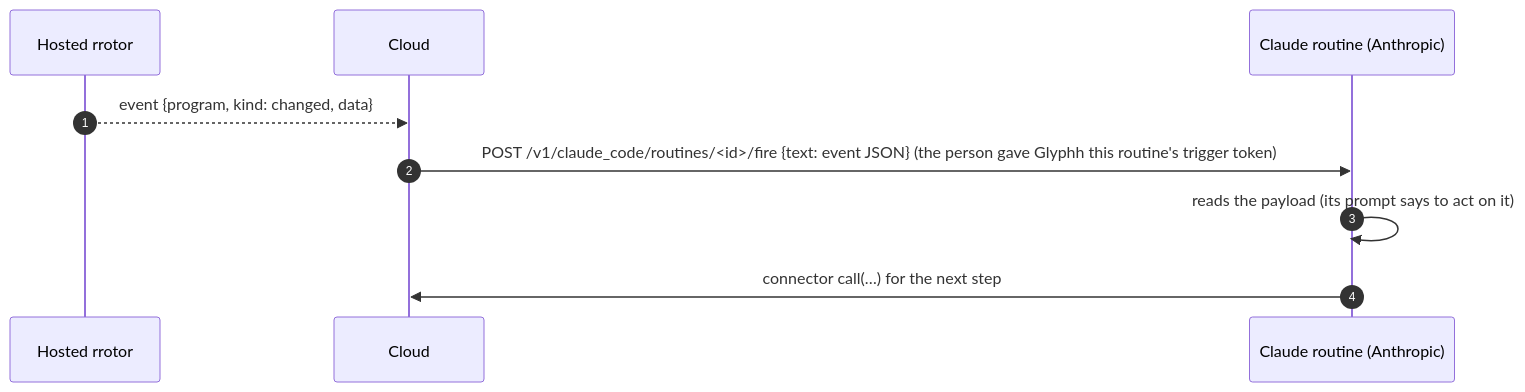
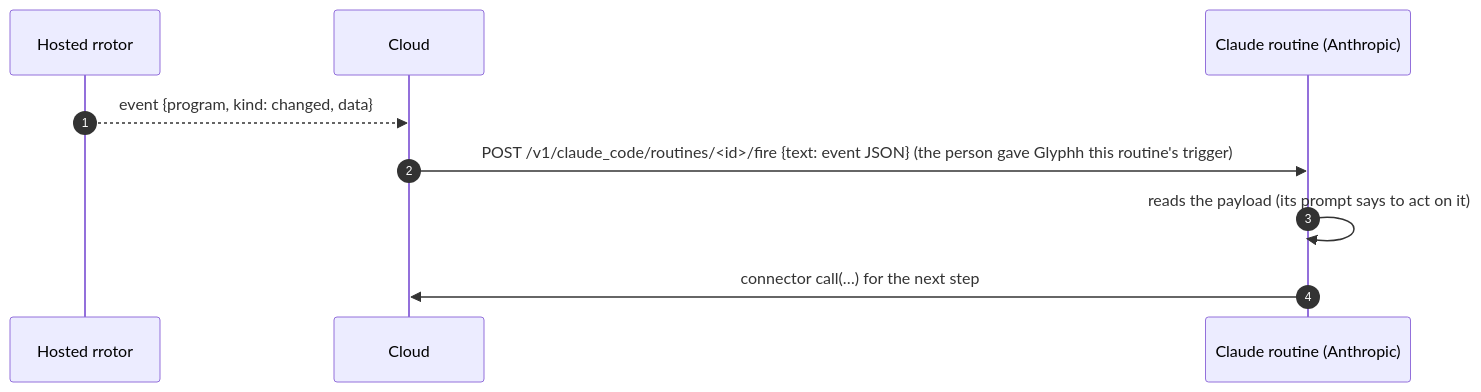
One commit to glyphh-ai/rrotor changed the tenth of 12 diagrams in docs/architecture.md. Above: the diagram before and after it, drawn with Mermaid. The commit also changed other lines of this file and 4 other files, not shown here.

Commit message:
Architecture: deploys and updates through git (the Glyphh GitHub App); the server gaps settled in its design

````diff
--- a/docs/architecture.md
+++ b/docs/architecture.md
@@ -343,11 +354,11 @@
 ```mermaid
 sequenceDiagram
     autonumber
     participant H as Hosted rrotor
     participant G as Cloud
     participant A as Claude routine (Anthropic)
     H-->>G: event {program, kind: changed, data}
-    G->>A: POST /v1/claude_code/routines/#lt;id#gt;/fire {text: event JSON} (the person gave Glyphh this routine's trigger token)
+    G->>A: POST /v1/claude_code/routines/#lt;id#gt;/fire {text: event JSON} (the person gave Glyphh this routine's trigger)
     A->>A: reads the payload (its prompt says to act on it)
     A->>G: connector call(…) for the next step
 ```
````
